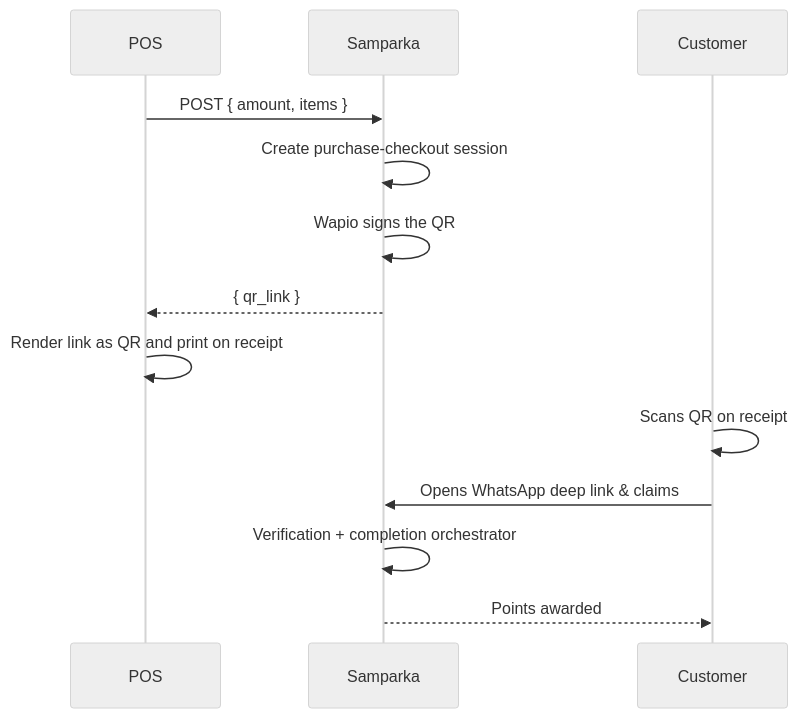
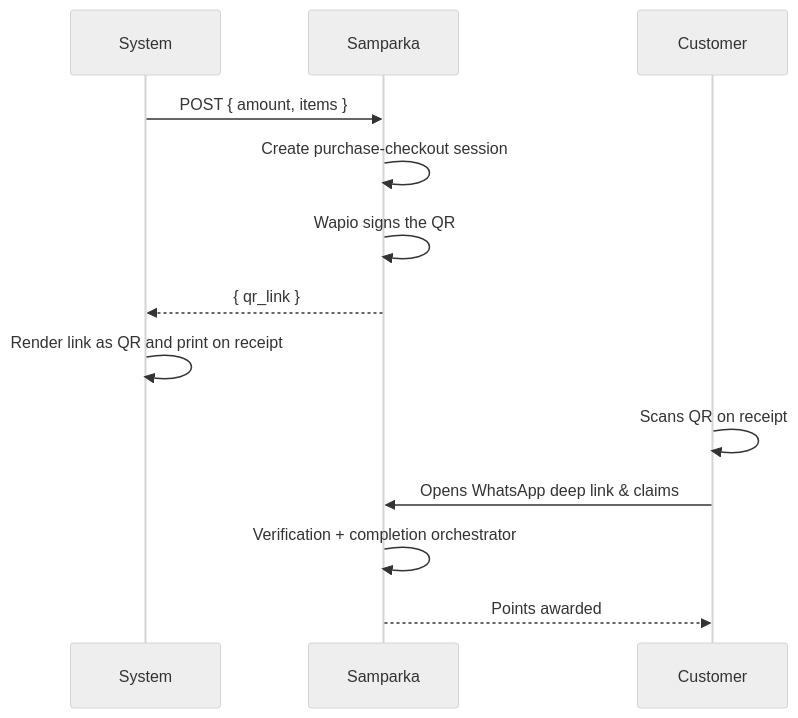
Before and after one commit to krischal07/docs: the first of 2 diagrams in api-reference/overview.mdx, drawn with Mermaid (neutral theme). The commit also changed other lines of this file and 112 other files, not shown here.

Commit message:
docs chaged for pos-system

````diff
--- a/api-reference/overview.mdx
+++ b/api-reference/overview.mdx
@@ -51,16 +51,16 @@
     ```mermaid
     sequenceDiagram
-      participant POS as POS
+      participant System as System
       participant SAM as Samparka
       participant CUST as Customer
     
-      POS->>SAM: POST { amount, items }
+      System->>SAM: POST { amount, items }
       SAM->>SAM: Create purchase-checkout session
       SAM->>SAM: Wapio signs the QR
-      SAM-->>POS: { qr_link }
-      POS->>POS: Render link as QR and print on receipt
+      SAM-->>System: { qr_link }
+      System->>System: Render link as QR and print on receipt
       CUST->>CUST: Scans QR on receipt
       CUST->>SAM: Opens WhatsApp deep link & claims
       SAM->>SAM: Verification + completion orchestrator
       SAM-->>CUST: Points awarded
     ```
````
